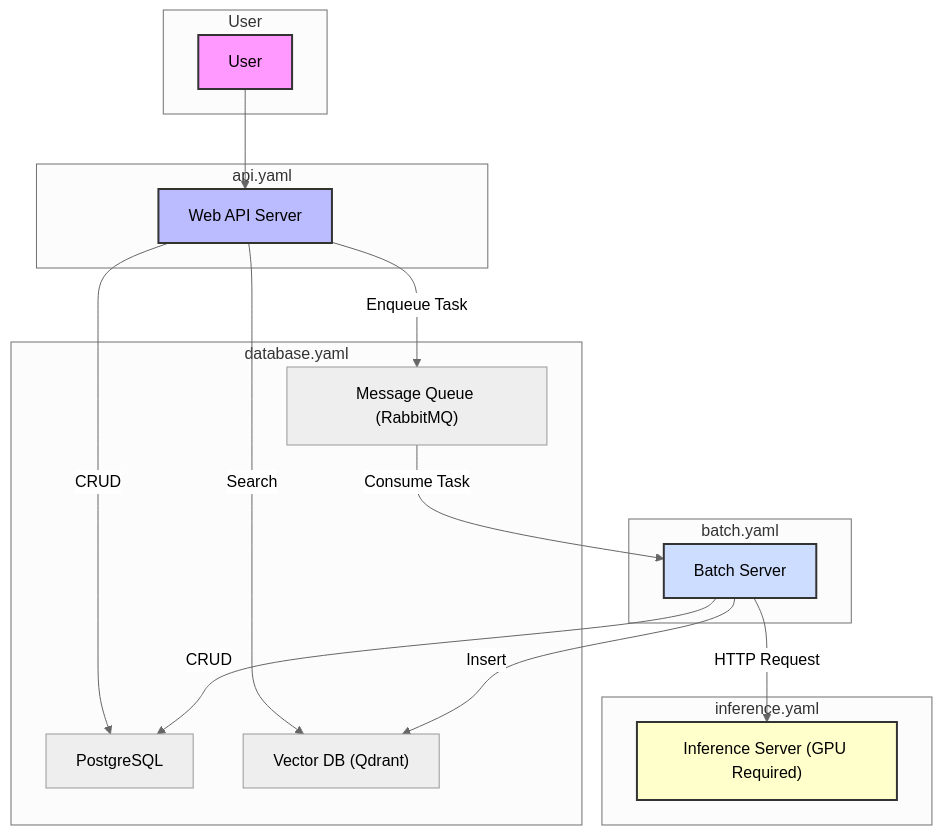
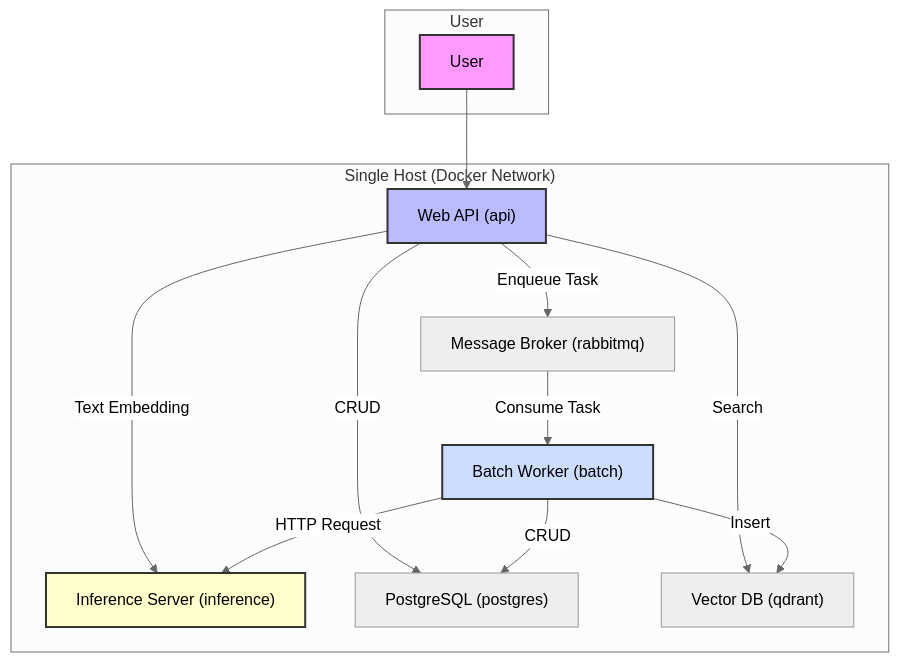
The diagram in README.md (prokosna/lainbow), drawn with Mermaid (neutral theme) before and after one commit. The commit also changed other lines of this file and 1 other file, not shown here.

First line of the commit message:
docs: rewrite README around ./lainbow and the single compose file (WI-M3-05)

````diff
--- a/README.md
+++ b/README.md
@@ -19,40 +19,32 @@
 ```mermaid
 graph TD
     subgraph User
         U[User]
     end
 
-    subgraph "api.yaml"
-        Web_API[Web API Server]
-    end
-
-    subgraph "batch.yaml"
-        Batch_Server[Batch Server]
-    end
-
-    subgraph "inference.yaml"
-        Inference_Server["Inference Server (GPU Required)"]
-    end
-
-    subgraph "database.yaml"
-        PostgreSQL[PostgreSQL]
-        Qdrant["Vector DB (Qdrant)"]
-        RabbitMQ["Message Queue (RabbitMQ)"]
+    subgraph "Single Host (Docker Network)"
+        Web_API["Web API (api)"]
+        Batch_Server["Batch Worker (batch)"]
+        Inference_Server["Inference Server (inference)"]
+        PostgreSQL["PostgreSQL (postgres)"]
+        Qdrant["Vector DB (qdrant)"]
+        RabbitMQ["Message Broker (rabbitmq)"]
     end
 
     %% Connections
     U --> Web_API
     Web_API -- Enqueue Task --> RabbitMQ
     Web_API -- CRUD --> PostgreSQL
     Web_API -- Search --> Qdrant
+    Web_API -- Text Embedding --> Inference_Server
 
     RabbitMQ -- Consume Task --> Batch_Server
     Batch_Server -- HTTP Request --> Inference_Server
     Batch_Server -- CRUD --> PostgreSQL
     Batch_Server -- Insert --> Qdrant
 
     style U fill:#f9f,stroke:#333,stroke-width:2px
     style Web_API fill:#bbf,stroke:#333,stroke-width:2px
     style Inference_Server fill:#ffc,stroke:#333,stroke-width:2px
     style Batch_Server fill:#cdf,stroke:#333,stroke-width:2px
 ```
````
